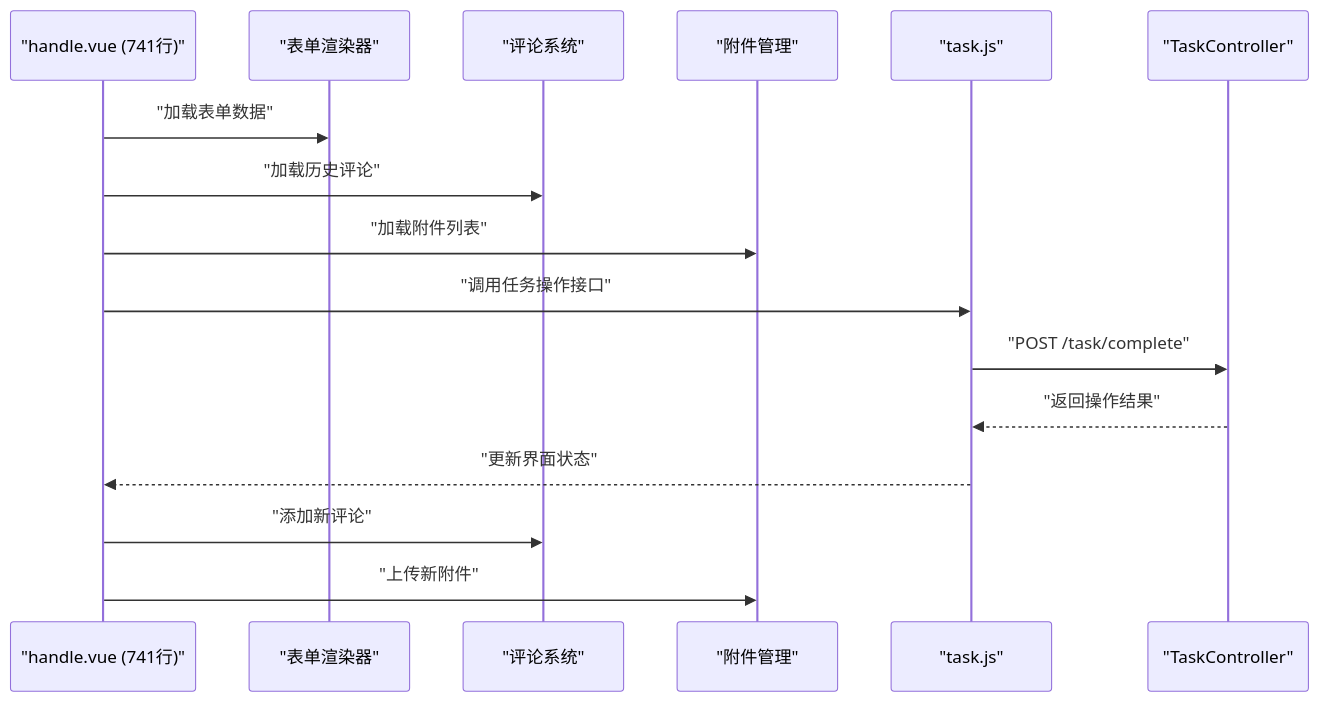
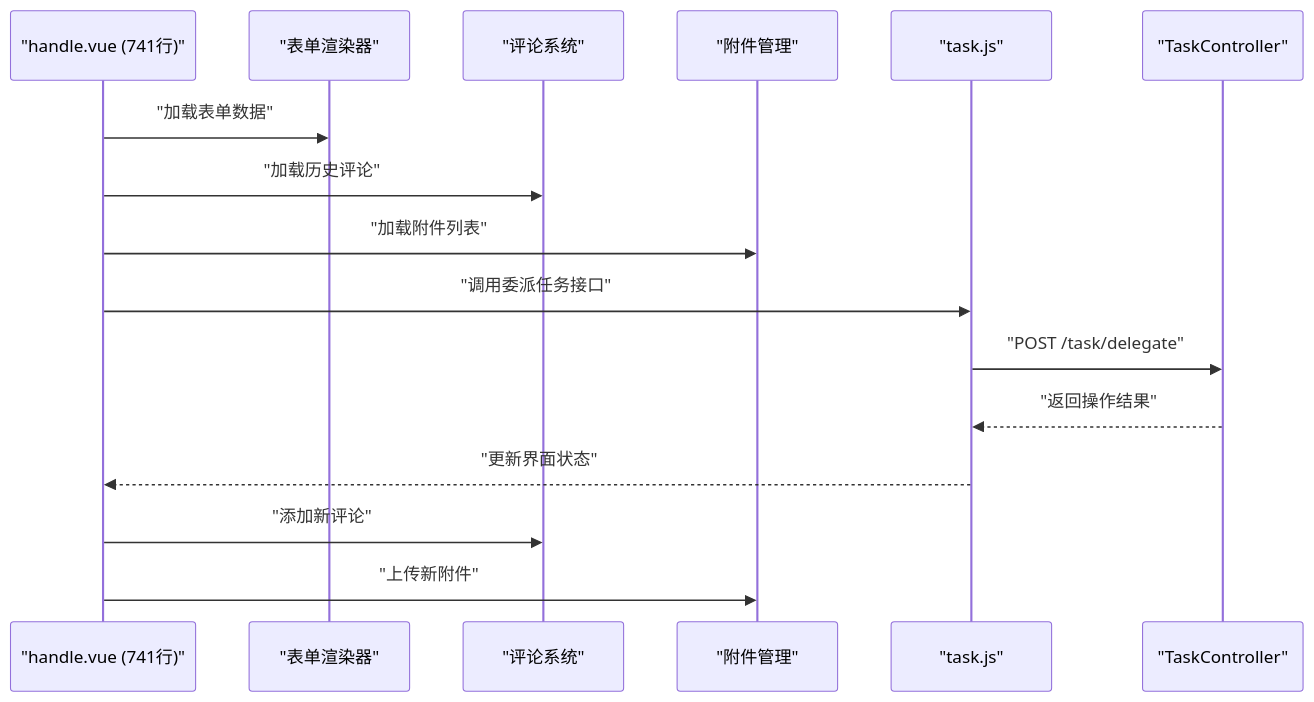
The eighth of 11 diagrams in .qoder/repowiki/zh/content/任务管理/任务操作处理/任务操作处理.md (liming-lihaini/workflow), drawn with Mermaid before and after one commit. The commit also changed other lines of this file and 27 other files, not shown here.

````diff
--- a/.qoder/repowiki/zh/content/任务管理/任务操作处理/任务操作处理.md
+++ b/.qoder/repowiki/zh/content/任务管理/任务操作处理/任务操作处理.md
@@ -492,18 +485,18 @@
 ```mermaid
 sequenceDiagram
 participant UI as "handle.vue (741行)"
 participant Form as "表单渲染器"
 participant Comment as "评论系统"
 participant File as "附件管理"
 participant Api as "task.js"
 participant Ctrl as "TaskController"
 UI->>Form : "加载表单数据"
 UI->>Comment : "加载历史评论"
 UI->>File : "加载附件列表"
-UI->>Api : "调用任务操作接口"
-Api->>Ctrl : "POST /task/complete"
+UI->>Api : "调用委派任务接口"
+Api->>Ctrl : "POST /task/delegate"
 Ctrl-->>Api : "返回操作结果"
 Api-->>UI : "更新界面状态"
 UI->>Comment : "添加新评论"
 UI->>File : "上传新附件"
 ```
````
